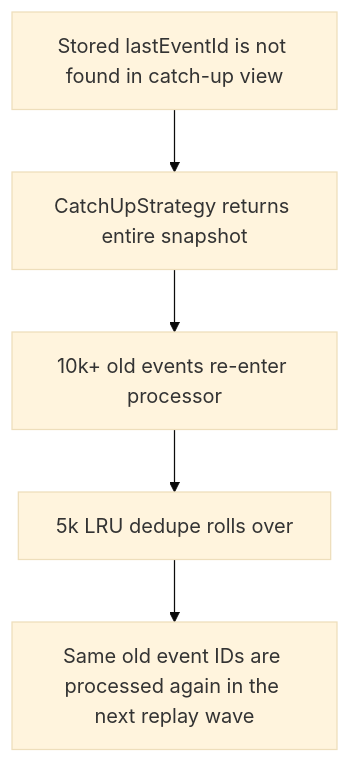
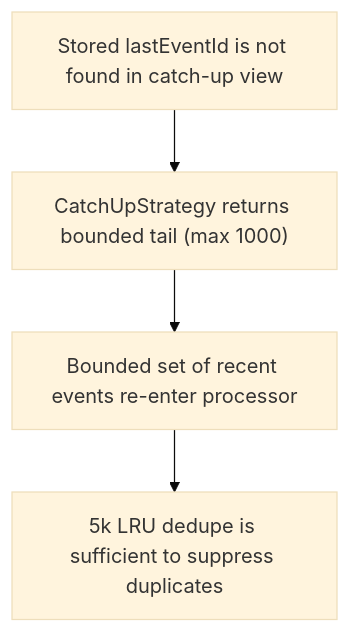
One commit to matthiasn/lotti changed the fifth of 7 diagrams in lib/features/sync/current_architecture.md. Above: the diagram before and after it, drawn with Mermaid (base theme). The commit also changed other lines of this file and 7 other files, not shown here.

````diff
--- a/lib/features/sync/current_architecture.md
+++ b/lib/features/sync/current_architecture.md
@@ -337,7 +340,6 @@
 ```mermaid
 flowchart TD
-  A["Stored lastEventId is not found in catch-up view"] --> B["CatchUpStrategy returns entire snapshot"]
-  B --> C["10k+ old events re-enter processor"]
-  C --> D["5k LRU dedupe rolls over"]
-  D --> E["Same old event IDs are processed again in the next replay wave"]
+  A["Stored lastEventId is not found in catch-up view"] --> B["CatchUpStrategy returns bounded tail (max 1000)"]
+  B --> C["Bounded set of recent events re-enter processor"]
+  C --> D["5k LRU dedupe is sufficient to suppress duplicates"]
 ```
````
